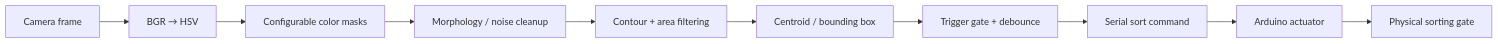
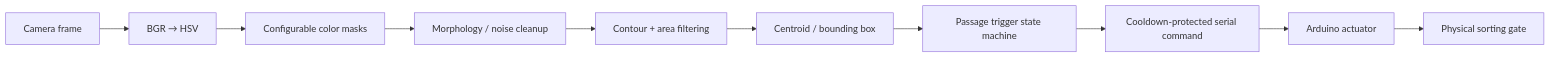
The diagram in README.md (VivekVRobo/cv-object-sorter), drawn with Mermaid before and after one commit. The commit also changed other lines of this file, not shown here.

Commit message:
docs: present measurable vision and trigger evidence

````diff
--- a/README.md
+++ b/README.md
@@ -26,12 +29,12 @@
 ```mermaid
 flowchart LR
     C[Camera frame] --> H[BGR → HSV]
     H --> M[Configurable color masks]
     M --> F[Morphology / noise cleanup]
     F --> O[Contour + area filtering]
     O --> D[Centroid / bounding box]
-    D --> G[Trigger gate + debounce]
-    G --> P[Serial sort command]
+    D --> G[Passage trigger state machine]
+    G --> P[Cooldown-protected serial command]
     P --> A[Arduino actuator]
     A --> S[Physical sorting gate]
 ```
````
